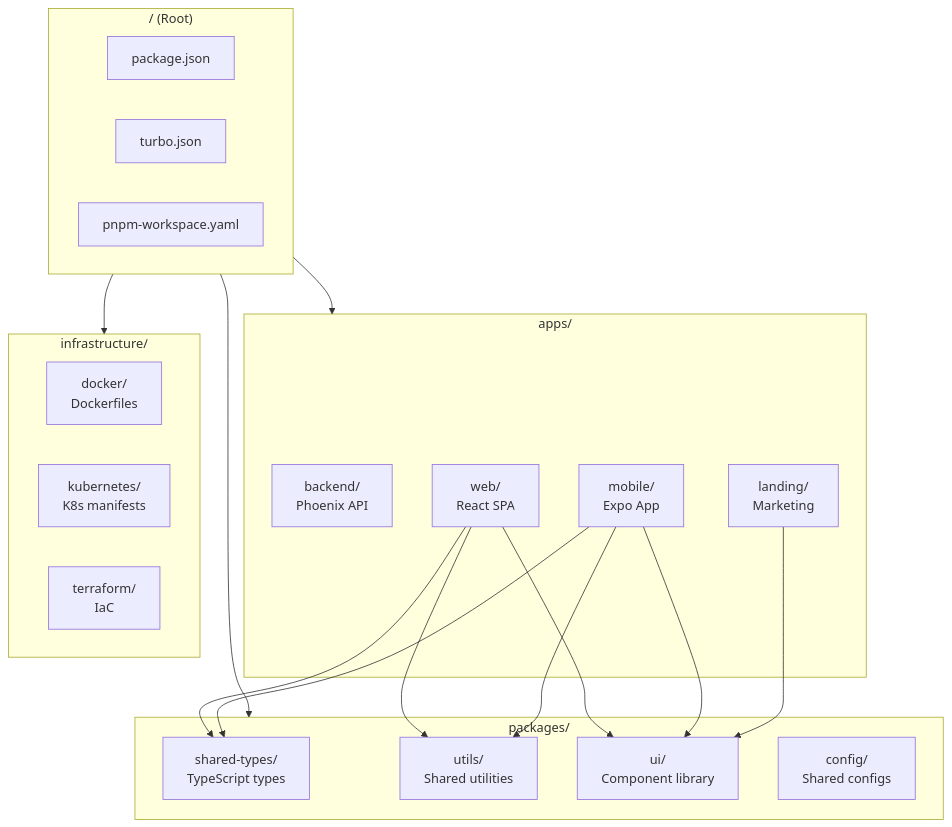
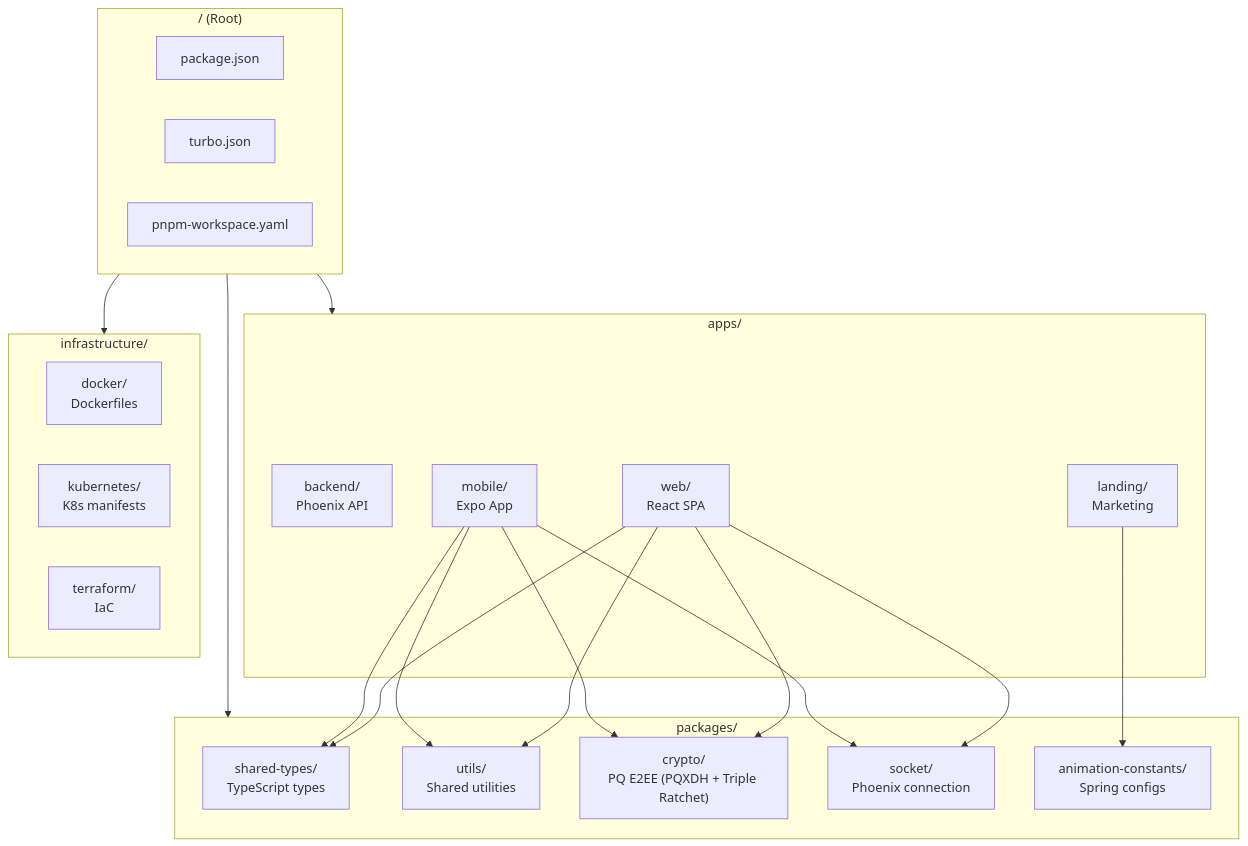
One commit to cgraph-dev/CGraph changed the fifth of 16 diagrams in docs/ARCHITECTURE_DIAGRAMS.md. Above: the diagram before and after it, drawn with Mermaid. The commit also changed other lines of this file and 267 other files, not shown here.

````diff
--- a/docs/ARCHITECTURE_DIAGRAMS.md
+++ b/docs/ARCHITECTURE_DIAGRAMS.md
@@ -148,40 +152,43 @@
 ```mermaid
 flowchart TB
     subgraph Root["/ (Root)"]
         PKG["package.json"]
         TURBO["turbo.json"]
         PNPM["pnpm-workspace.yaml"]
     end
 
     subgraph Apps["apps/"]
         BACKEND["backend/<br/>Phoenix API"]
         WEB["web/<br/>React SPA"]
         MOBILE["mobile/<br/>Expo App"]
         LANDING["landing/<br/>Marketing"]
     end
 
     subgraph Packages["packages/"]
         TYPES["shared-types/<br/>TypeScript types"]
         UTILS["utils/<br/>Shared utilities"]
-        UI["ui/<br/>Component library"]
-        CONFIG["config/<br/>Shared configs"]
+        CRYPTO["crypto/<br/>PQ E2EE (PQXDH + Triple Ratchet)"]
+        SOCKET["socket/<br/>Phoenix connection"]
+        ANIM["animation-constants/<br/>Spring configs"]
     end
 
     subgraph Infra["infrastructure/"]
         DOCKER["docker/<br/>Dockerfiles"]
         K8S["kubernetes/<br/>K8s manifests"]
         TERRAFORM["terraform/<br/>IaC"]
     end
 
     Root --> Apps
     Root --> Packages
     Root --> Infra
 
     WEB --> TYPES
     WEB --> UTILS
-    WEB --> UI
+    WEB --> CRYPTO
+    WEB --> SOCKET
     MOBILE --> TYPES
     MOBILE --> UTILS
-    MOBILE --> UI
-    LANDING --> UI
+    MOBILE --> CRYPTO
+    MOBILE --> SOCKET
+    LANDING --> ANIM
 ```
````
